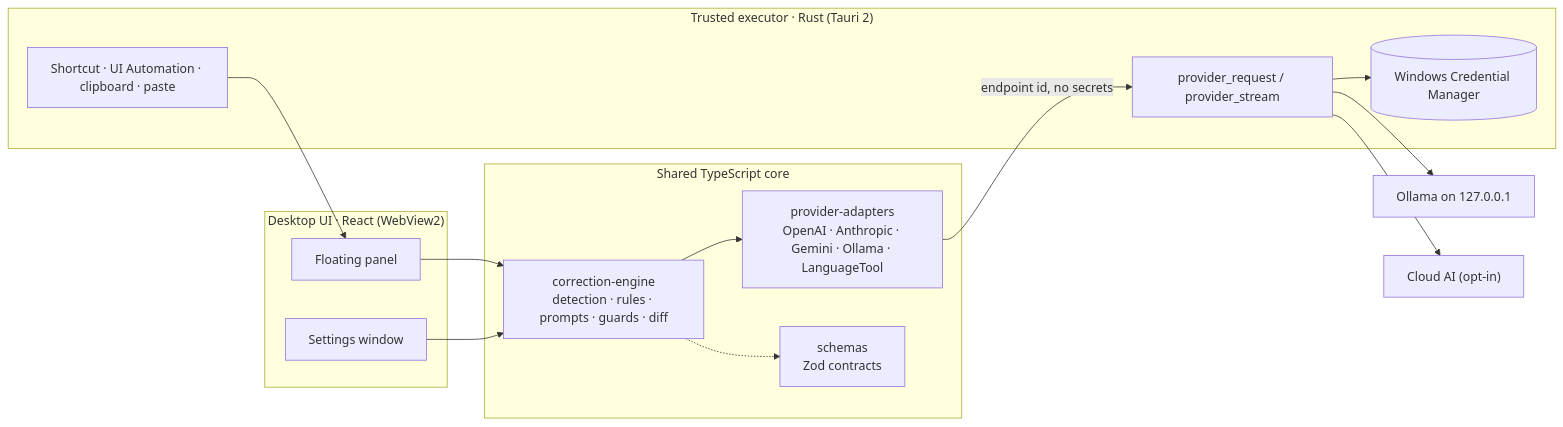
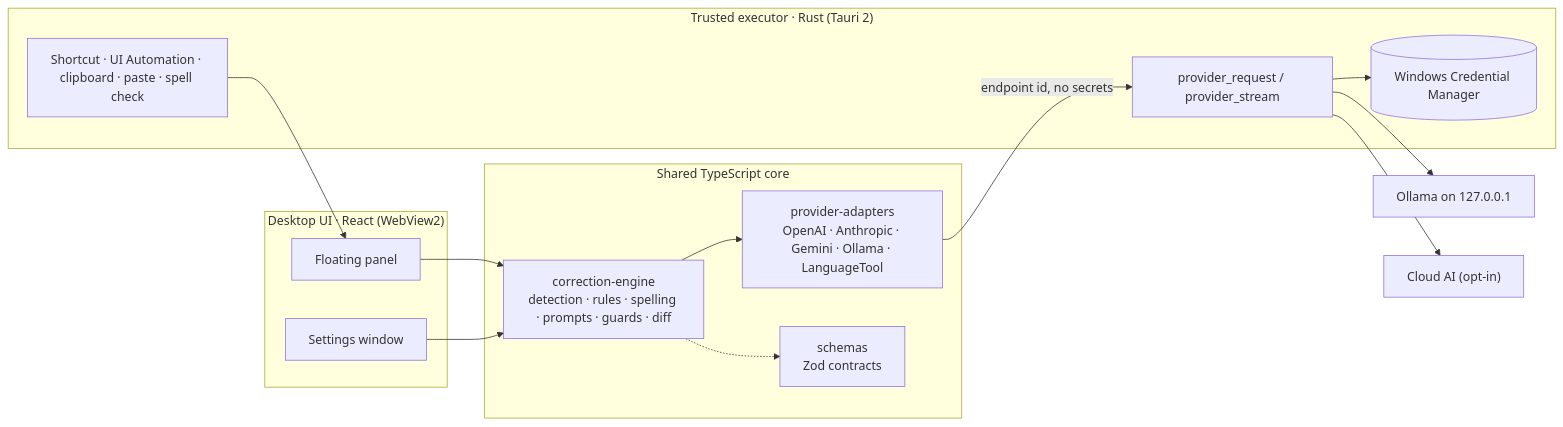
The second of 2 diagrams in README.md (Medamineelkhattabi/typely), drawn with Mermaid before and after one commit. The commit also changed other lines of this file and 3 other files, not shown here.

````diff
--- a/README.md
+++ b/README.md
@@ -231,24 +211,24 @@
 ```mermaid
 flowchart LR
     subgraph UI["Desktop UI · React (WebView2)"]
         P[Floating panel]
         S[Settings window]
     end
     subgraph Core["Shared TypeScript core"]
-        E["correction-engine<br/>detection · rules · prompts · guards · diff"]
+        E["correction-engine<br/>detection · rules · spelling · prompts · guards · diff"]
         A["provider-adapters<br/>OpenAI · Anthropic · Gemini · Ollama · LanguageTool"]
         Z["schemas<br/>Zod contracts"]
     end
     subgraph Rust["Trusted executor · Rust (Tauri 2)"]
         T[provider_request / provider_stream]
         K[(Windows Credential Manager)]
-        W["Shortcut · UI Automation · clipboard · paste"]
+        W["Shortcut · UI Automation · clipboard · paste · spell check"]
     end
     P & S --> E --> A
     E -.-> Z
     A -- "endpoint id, no secrets" --> T
     T --> K
     T --> L["Ollama on 127.0.0.1"]
     T --> C["Cloud AI (opt-in)"]
     W --> P
 ```
````
